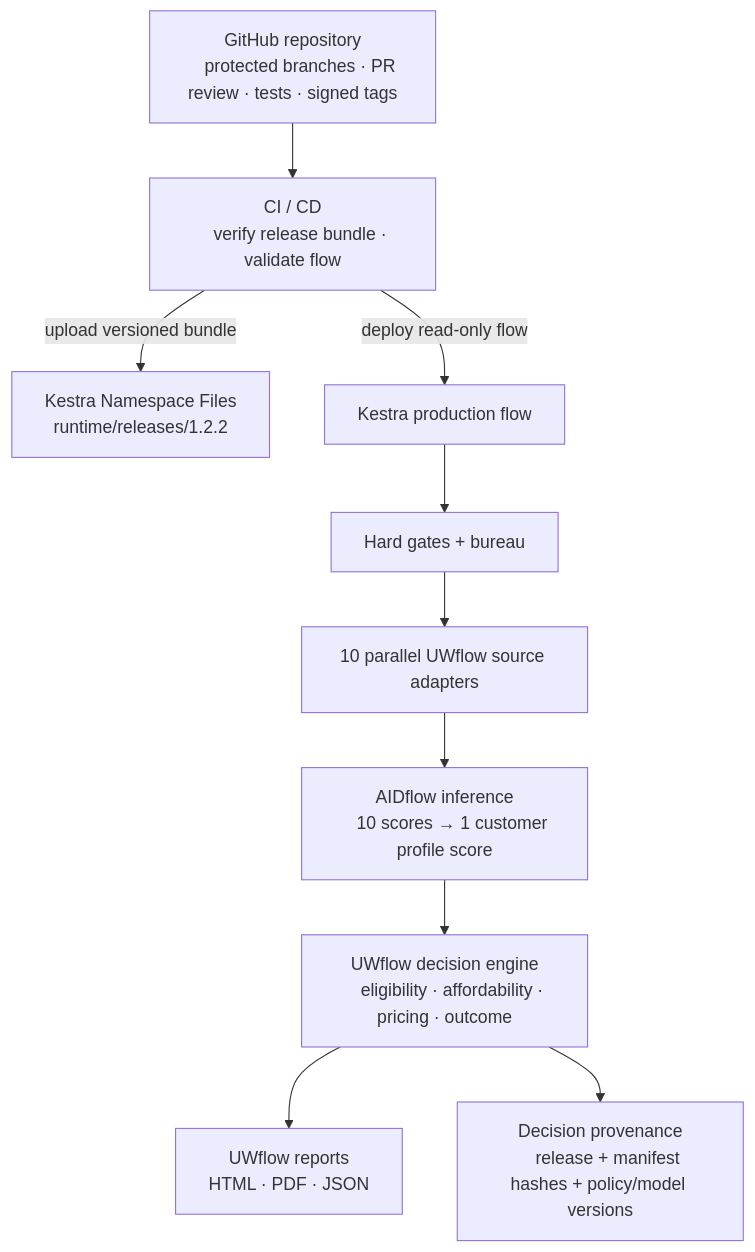
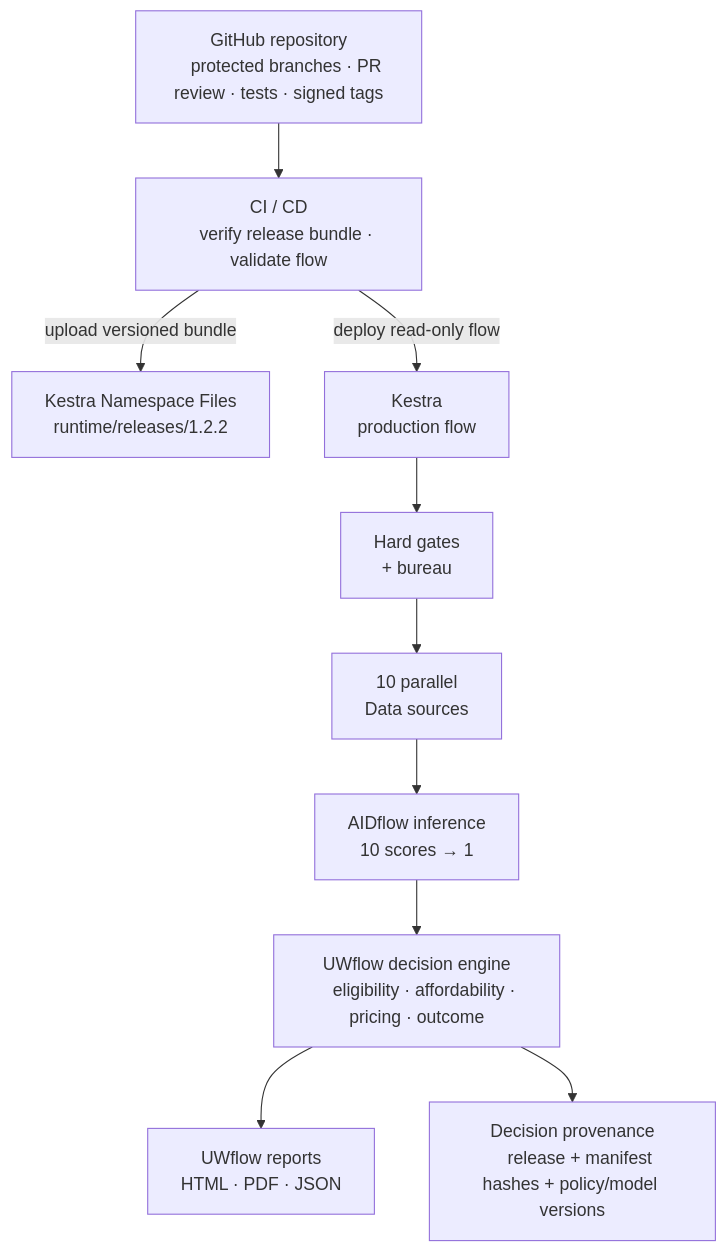
The diagram in README.md (aigensys-labs/uwflow), drawn with Mermaid before and after one commit. The commit also changed other lines of this file, not shown here.

Commit message:
docs: formatting

````diff
--- a/README.md
+++ b/README.md
@@ -39,18 +43,16 @@
 ```mermaid
 flowchart TD
     GH[GitHub repository
     protected branches · PR review · tests · signed tags] --> CI[CI / CD
     verify release bundle · validate flow]
-    CI -->|upload versioned bundle| NF[Kestra Namespace Files
-    runtime/releases/1.2.2]
-    CI -->|deploy read-only flow| KF[Kestra production flow]
-    KF --> G[Hard gates + bureau] --> AD[10 parallel UWflow source adapters]
-    AD --> AI[AIDflow inference
-    10 scores → 1 customer profile score]
+    CI -->|upload versioned bundle| NF[Kestra Namespace Files<br/>runtime/releases/1.2.2]
+    CI -->|deploy read-only flow| KF[Kestra <br/>production flow]
+    KF --> G[Hard gates <br/>+ bureau] --> AD[10 parallel <br/>Data sources]
+    AD --> AI[AIDflow inference<br/>10 scores → 1]
     AI --> UW[UWflow decision engine
     eligibility · affordability · pricing · outcome]
     UW --> RP[UWflow reports
     HTML · PDF · JSON]
     UW --> AU[Decision provenance
     release + manifest hashes + policy/model versions]
 ```
````
